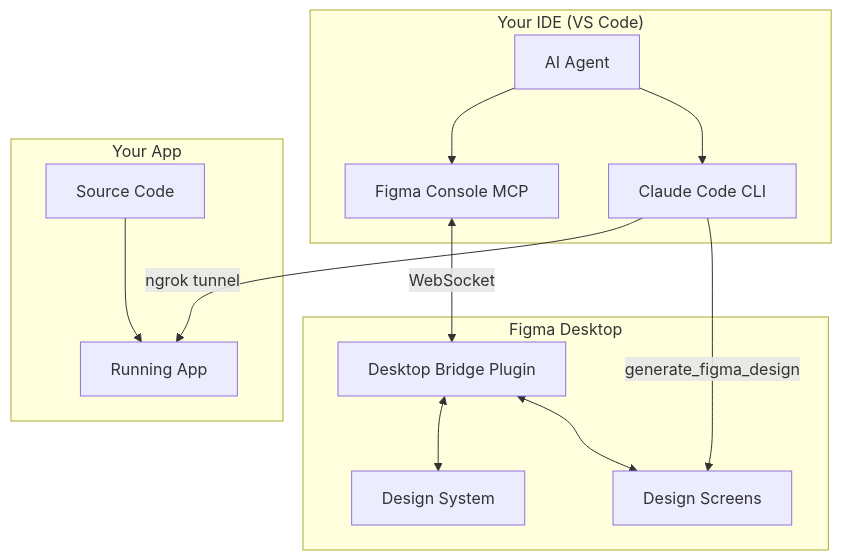
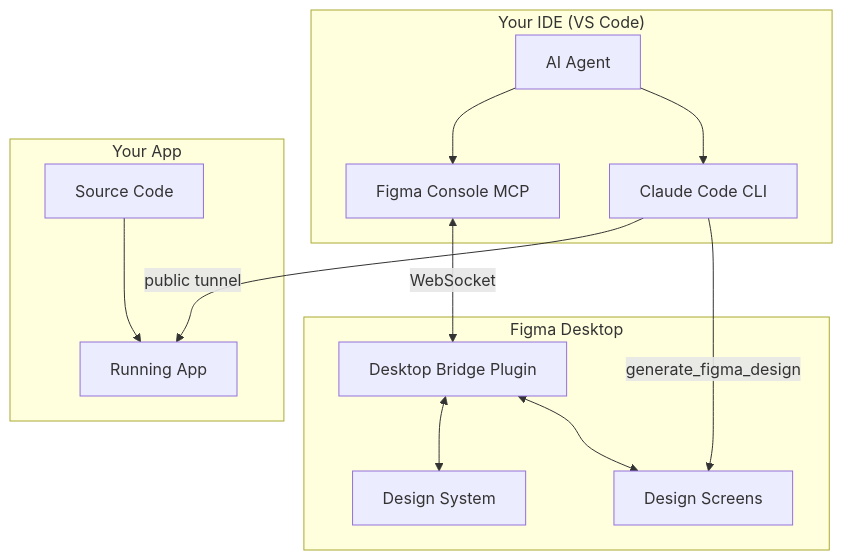
One commit to florian-koppelow/design-code-workflow changed the first of 2 diagrams in docs/WORKFLOW-REFERENCE.md. Above: the diagram before and after it, drawn with Mermaid. The commit also changed other lines of this file and 7 other files, not shown here.

````diff
--- a/docs/WORKFLOW-REFERENCE.md
+++ b/docs/WORKFLOW-REFERENCE.md
@@ -16,28 +16,28 @@
 ```mermaid
 flowchart TB
     subgraph IDE["Your IDE (VS Code)"]
         Agent["AI Agent"]
         FigmaConsole["Figma Console MCP"]
         ClaudeCode["Claude Code CLI"]
     end
     
     subgraph Figma["Figma Desktop"]
         Plugin["Desktop Bridge Plugin"]
         DS["Design System"]
         Screens["Design Screens"]
     end
     
     subgraph App["Your App"]
         Code["Source Code"]
         WebApp["Running App"]
     end
     
     Agent --> FigmaConsole
     Agent --> ClaudeCode
     FigmaConsole <-->|"WebSocket"| Plugin
     Plugin <--> DS
     Plugin <--> Screens
-    ClaudeCode -->|"ngrok tunnel"| WebApp
+    ClaudeCode -->|"public tunnel"| WebApp
     ClaudeCode -->|"generate_figma_design"| Screens
     Code --> WebApp
 ```
````
